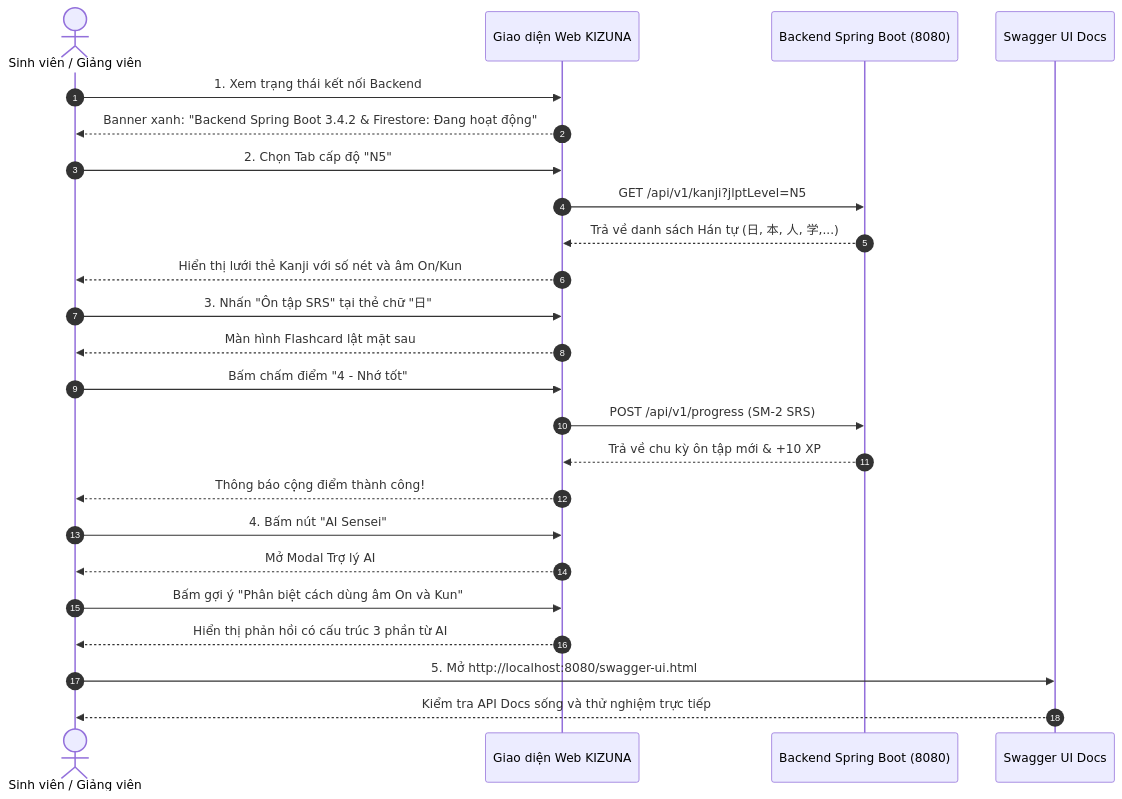
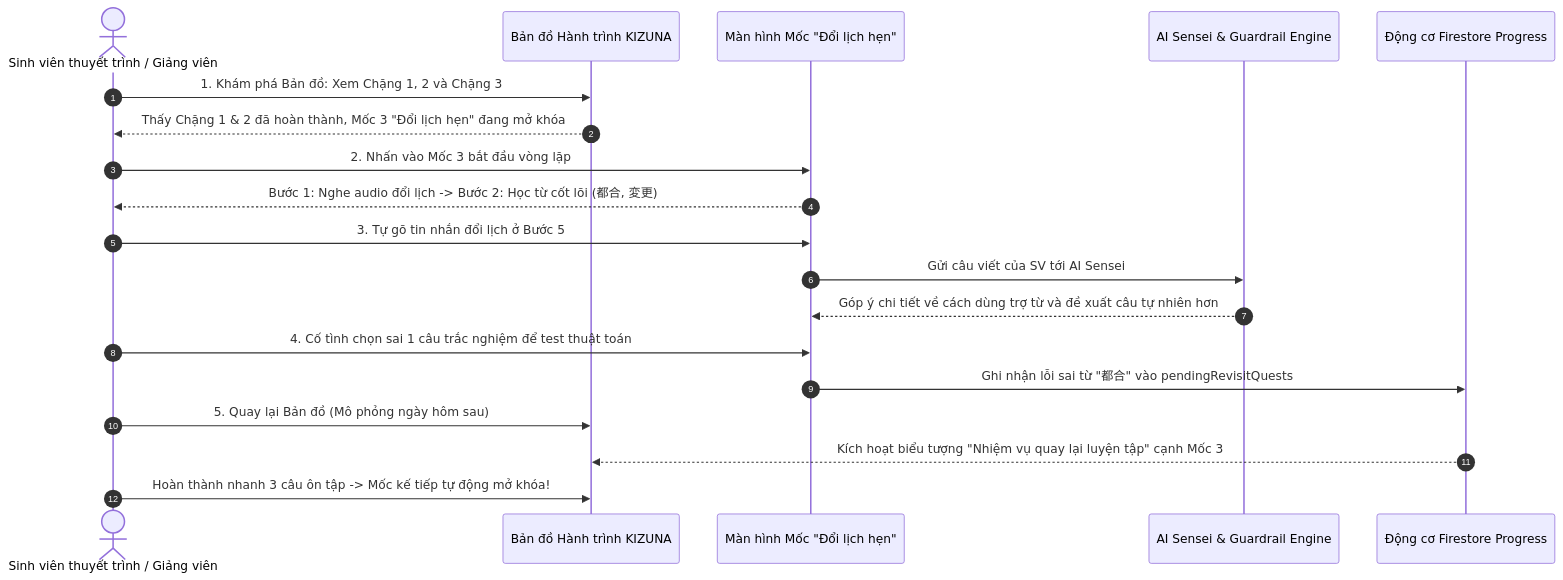
The diagram in docs/PRACTICE_LAB3_DEMO_GUIDE.md (Rynnne3125/KIZUNA), drawn with Mermaid before and after one commit. The commit also changed other lines of this file and 6 other files, not shown here.

Commit message:
yêu cầu lộ trình học của user

````diff
--- a/docs/PRACTICE_LAB3_DEMO_GUIDE.md
+++ b/docs/PRACTICE_LAB3_DEMO_GUIDE.md
@@ -41,31 +21,26 @@
 ```mermaid
 sequenceDiagram
     autonumber
-    actor SV as Sinh viên / Giảng viên
-    participant Web as Giao diện Web KIZUNA
-    participant API as Backend Spring Boot (8080)
-    participant Swagger as Swagger UI Docs
+    actor SV as Sinh viên thuyết trình / Giảng viên
+    participant Map as Bản đồ Hành trình KIZUNA
+    participant Milestone as Màn hình Mốc "Đổi lịch hẹn"
+    participant AI as AI Sensei & Guardrail Engine
+    participant Progress as Động cơ Firestore Progress
 
-    SV->>Web: 1. Xem trạng thái kết nối Backend
-    Web-->>SV: Banner xanh: "Backend Spring Boot 3.4.2 & Firestore: Đang hoạt động"
+    SV->>Map: 1. Khám phá Bản đồ: Xem Chặng 1, 2 và Chặng 3
+    Map-->>SV: Thấy Chặng 1 & 2 đã hoàn thành, Mốc 3 "Đổi lịch hẹn" đang mở khóa
     
-    SV->>Web: 2. Chọn Tab cấp độ "N5"
-    Web->>API: GET /api/v1/kanji?jlptLevel=N5
-    API-->>Web: Trả về danh sách Hán tự (日, 本, 人, 学,...)
-    Web-->>SV: Hiển thị lưới thẻ Kanji với số nét và âm On/Kun
+    SV->>Milestone: 2. Nhấn vào Mốc 3 bắt đầu vòng lặp
+    Milestone-->>SV: Bước 1: Nghe audio đổi lịch -> Bước 2: Học từ cốt lõi (都合, 変更)
     
-    SV->>Web: 3. Nhấn "Ôn tập SRS" tại thẻ chữ "日"
-    Web-->>SV: Màn hình Flashcard lật mặt sau
-    SV->>Web: Bấm chấm điểm "4 - Nhớ tốt"
-    Web->>API: POST /api/v1/progress (SM-2 SRS)
-    API-->>Web: Trả về chu kỳ ôn tập mới & +10 XP
-    Web-->>SV: Thông báo cộng điểm thành công!
+    SV->>Milestone: 3. Tự gõ tin nhắn đổi lịch ở Bước 5
+    Milestone->>AI: Gửi câu viết của SV tới AI Sensei
+    AI-->>Milestone: Góp ý chi tiết về cách dùng trợ từ và đề xuất câu tự nhiên hơn
     
-    SV->>Web: 4. Bấm nút "AI Sensei"
-    Web-->>SV: Mở Modal Trợ lý AI
-    SV->>Web: Bấm gợi ý "Phân biệt cách dùng âm On và Kun"
-    Web-->>SV: Hiển thị phản hồi có cấu trúc 3 phần từ AI
+    SV->>Milestone: 4. Cố tình chọn sai 1 câu trắc nghiệm để test thuật toán
+    Milestone->>Progress: Ghi nhận lỗi sai từ "都合" vào pendingRevisitQuests
     
-    SV->>Swagger: 5. Mở http://localhost:8080/swagger-ui.html
-    Swagger-->>SV: Kiểm tra API Docs sống và thử nghiệm trực tiếp
+    SV->>Map: 5. Quay lại Bản đồ (Mô phỏng ngày hôm sau)
+    Progress-->>Map: Kích hoạt biểu tượng "Nhiệm vụ quay lại luyện tập" cạnh Mốc 3
+    SV->>Map: Hoàn thành nhanh 3 câu ôn tập -> Mốc kế tiếp tự động mở khóa!
 ```
````
